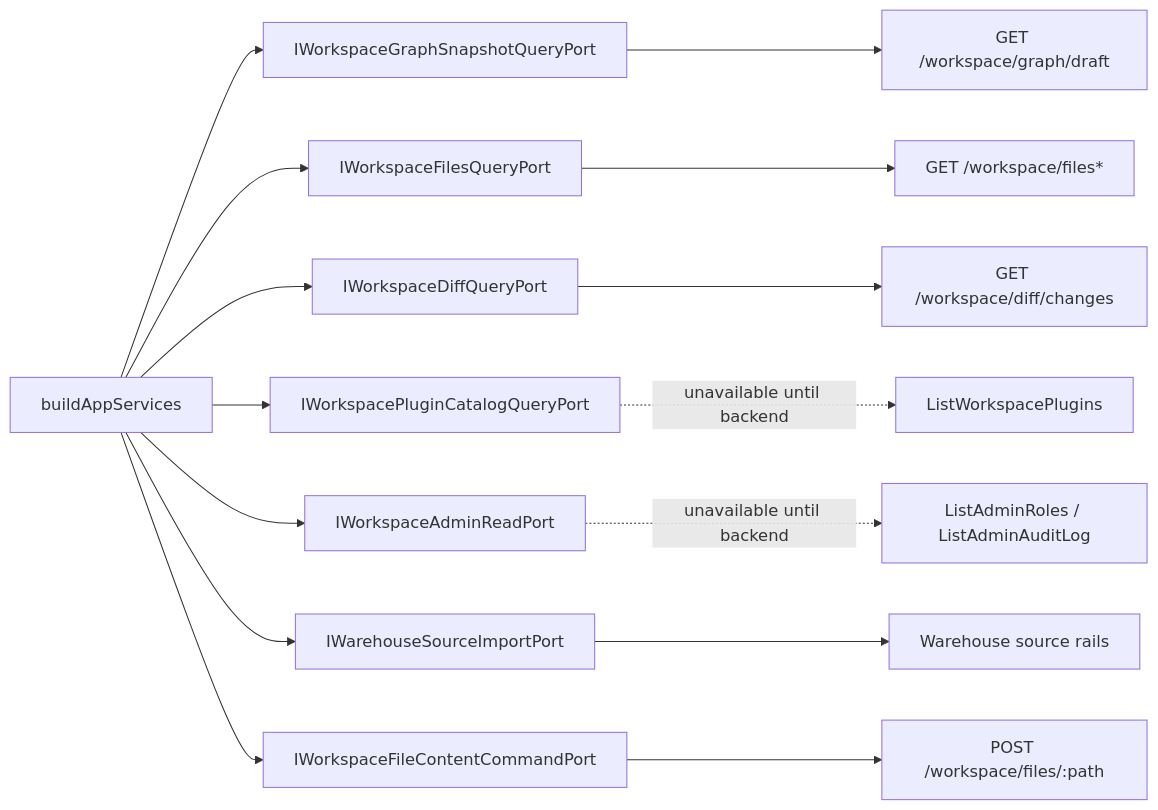
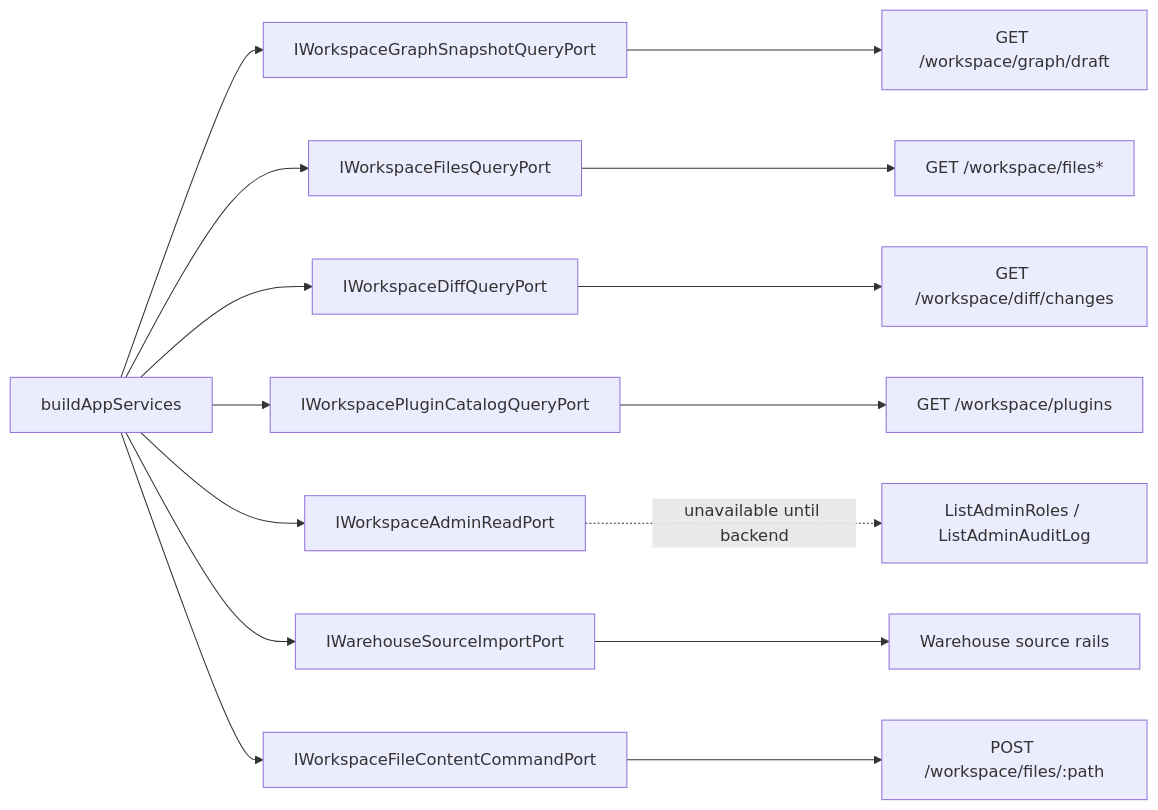
Before and after one commit to dunay2/dvt: the second of 3 diagrams in docs/architecture/components/web/workspace/workspace-port-decomposition-component.md, drawn with Mermaid. The commit also changed 17 other files, not shown here.

````diff
--- a/docs/architecture/components/web/workspace/workspace-port-decomposition-component.md
+++ b/docs/architecture/components/web/workspace/workspace-port-decomposition-component.md
@@ -77,27 +77,27 @@
 ```mermaid
 flowchart LR
   Composition["buildAppServices"]
   Graph["IWorkspaceGraphSnapshotQueryPort"]
   Files["IWorkspaceFilesQueryPort"]
   Diff["IWorkspaceDiffQueryPort"]
   Plugins["IWorkspacePluginCatalogQueryPort"]
   Admin["IWorkspaceAdminReadPort"]
   Import["IWarehouseSourceImportPort"]
   FileWrite["IWorkspaceFileContentCommandPort"]
 
   Composition --> Graph
   Composition --> Files
   Composition --> Diff
   Composition --> Plugins
   Composition --> Admin
   Composition --> Import
   Composition --> FileWrite
 
   Graph --> GraphRoute["GET /workspace/graph/draft"]
   Files --> FileRoutes["GET /workspace/files*"]
   Diff --> DiffRail["GET /workspace/diff/changes"]
-  Plugins -. unavailable until backend .-> PluginRail["ListWorkspacePlugins"]
+  Plugins --> PluginRail["GET /workspace/plugins"]
   Admin -. unavailable until backend .-> AdminRails["ListAdminRoles / ListAdminAuditLog"]
   Import --> ImportRails["Warehouse source rails"]
   FileWrite --> WriteRail["POST /workspace/files/:path"]
 ```
````
